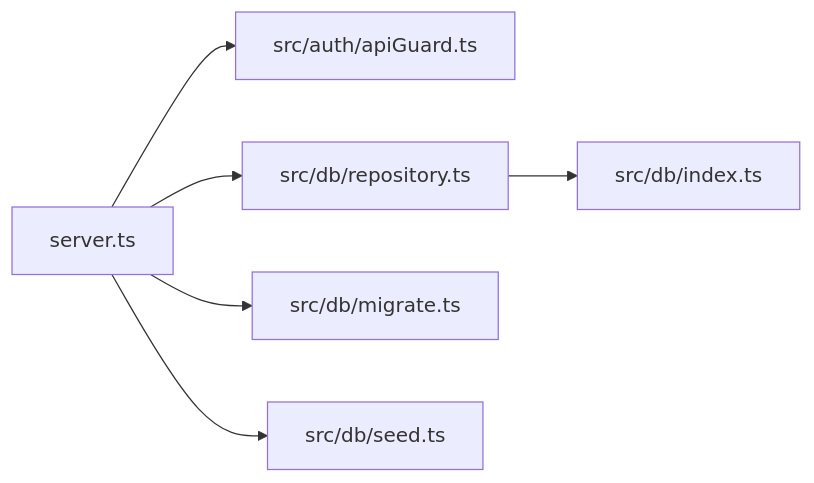
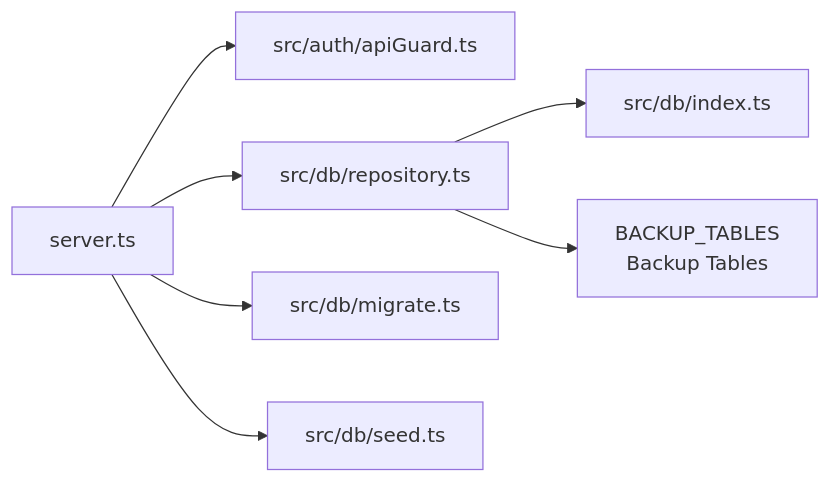
Before and after one commit to djahasiel101600/archivehub: the third of 3 diagrams in .qoder/repowiki/en/content/System Architecture/API Architecture/System Endpoints.md, drawn with Mermaid. The commit also changed other lines of this file and 48 other files, not shown here.

````diff
--- a/.qoder/repowiki/en/content/System Architecture/API Architecture/System Endpoints.md
+++ b/.qoder/repowiki/en/content/System Architecture/API Architecture/System Endpoints.md
@@ -307,8 +391,9 @@
 ```mermaid
 graph LR
 A["server.ts"] --> B["src/auth/apiGuard.ts"]
 A --> C["src/db/repository.ts"]
 C --> D["src/db/index.ts"]
 A --> E["src/db/migrate.ts"]
 A --> F["src/db/seed.ts"]
+C --> G["BACKUP_TABLES<br/>Backup Tables"]
 ```
````
